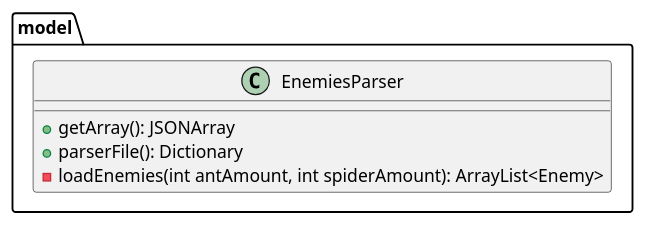
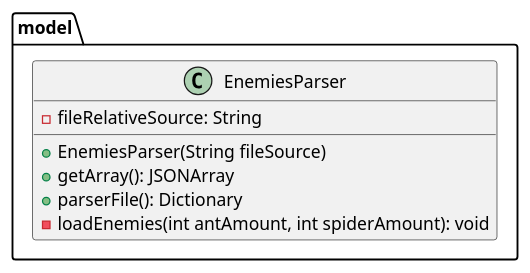
Before and after one commit to alejandrodelcs/algo3_tp2: the diagram in diagrams/classes/algoDefense/model/parser/EnemiesParser.puml, drawn with PlantUML. The commit also changed 63 other files, not shown here.

Commit message:
Every single class diagram done

```diff
--- a/diagrams/classes/algoDefense/model/parser/EnemiesParser.puml
+++ b/diagrams/classes/algoDefense/model/parser/EnemiesParser.puml
@@ -1,13 +1,15 @@
 @startuml
 'https://plantuml.com/class-diagram
 
 
 package model {
     class EnemiesParser {
+        - fileRelativeSource: String
+        + EnemiesParser(String fileSource)
         + getArray(): JSONArray
         + parserFile(): Dictionary
-        - loadEnemies(int antAmount, int spiderAmount): ArrayList<Enemy>
+        - loadEnemies(int antAmount, int spiderAmount): void
     }
 }
 
 @enduml
```
